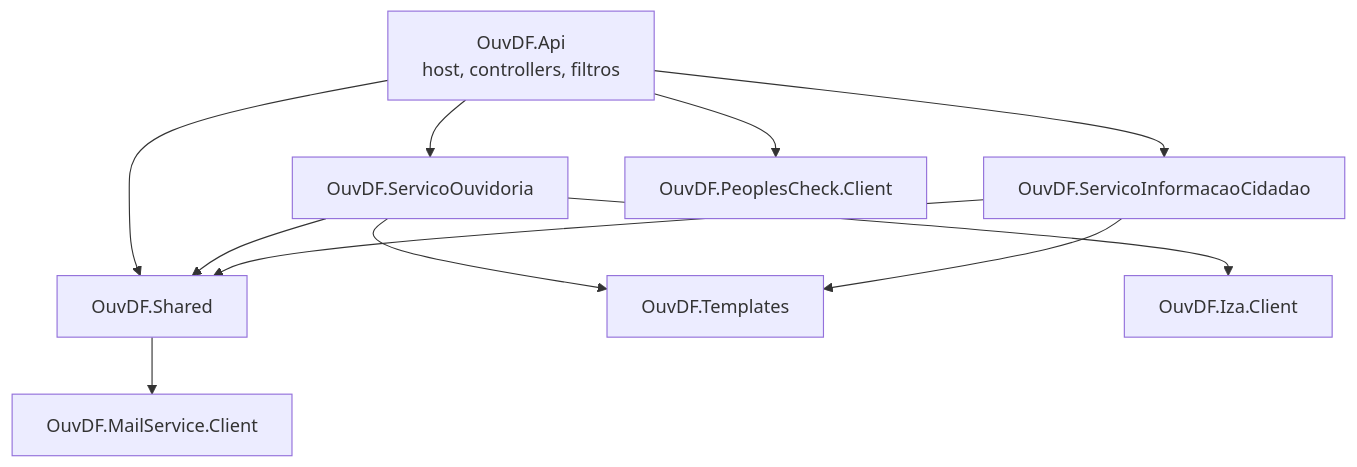
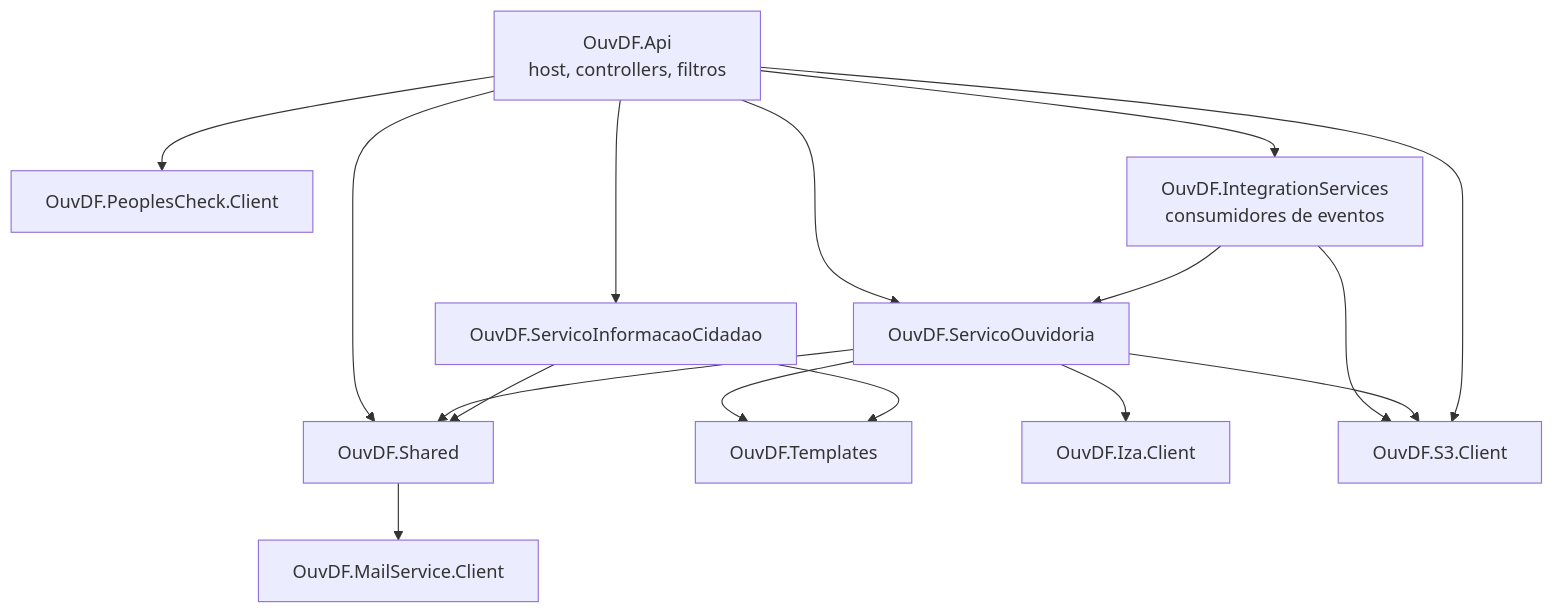
The diagram in 01-Sistemas/PARTICIPA-DF/Backend/01-Visao-Geral/PARTICIPA-DF-Backend-Arquitetura.md (camilarqf/mega-brain), drawn with Mermaid before and after one commit. The commit also changed other lines of this file and 13 other files, not shown here.

````diff
--- a/01-Sistemas/PARTICIPA-DF/Backend/01-Visao-Geral/PARTICIPA-DF-Backend-Arquitetura.md
+++ b/01-Sistemas/PARTICIPA-DF/Backend/01-Visao-Geral/PARTICIPA-DF-Backend-Arquitetura.md
@@ -37,13 +39,18 @@
 ```mermaid
 flowchart TD
     A[OuvDF.Api<br/>host, controllers, filtros] --> O[OuvDF.ServicoOuvidoria]
     A --> S[OuvDF.ServicoInformacaoCidadao]
     A --> H[OuvDF.Shared]
     O --> H
     S --> H
     O --> T[OuvDF.Templates]
     S --> T
     O --> I[OuvDF.Iza.Client]
     H --> M[OuvDF.MailService.Client]
     A --> P[OuvDF.PeoplesCheck.Client]
+    A --> N[OuvDF.IntegrationServices<br/>consumidores de eventos]
+    N --> O
+    N --> B[OuvDF.S3.Client]
+    O --> B
+    A --> B
 ```
````
